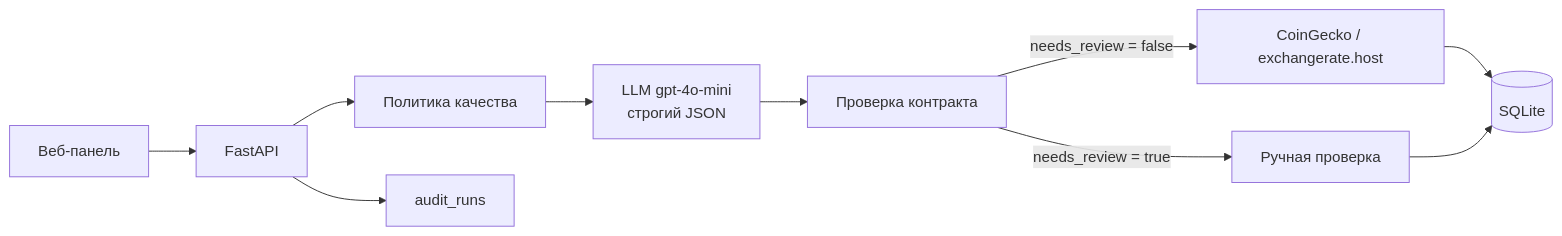
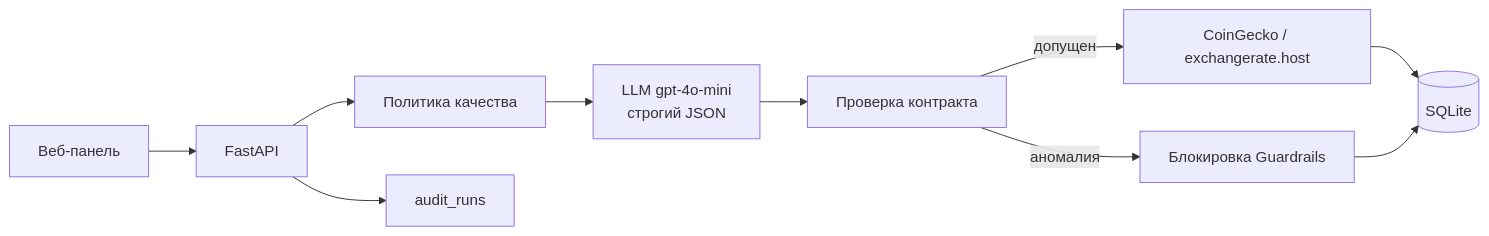
Before and after one commit to yhb12j/currency-crypto-scout: the diagram in README.md, drawn with Mermaid. The commit also changed other lines of this file and 18 other files, not shown here.

````diff
--- a/README.md
+++ b/README.md
@@ -18,12 +18,12 @@
 ```mermaid
 flowchart LR
     UI[Веб-панель] --> API[FastAPI]
     API --> POL[Политика качества]
     POL --> LLM[LLM gpt-4o-mini<br/>строгий JSON]
     LLM --> CTR[Проверка контракта]
-    CTR -->|needs_review = false| PRV[CoinGecko / exchangerate.host]
-    CTR -->|needs_review = true| HOLD[Ручная проверка]
+    CTR -->|допущен| PRV[CoinGecko / exchangerate.host]
+    CTR -->|аномалия| HOLD[Блокировка Guardrails]
     PRV --> DB[(SQLite)]
     HOLD --> DB
     API --> AUD[audit_runs]
 ```
````
